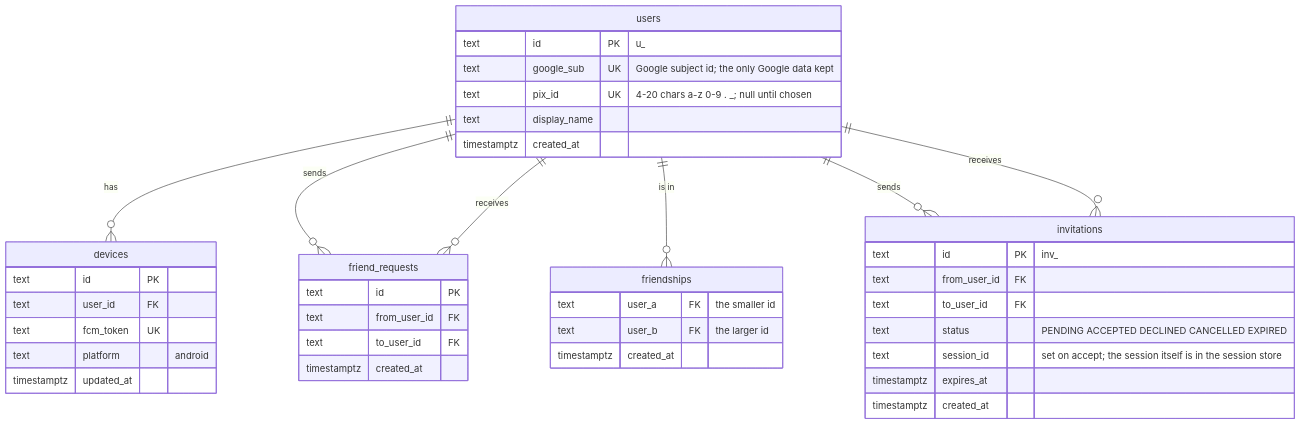
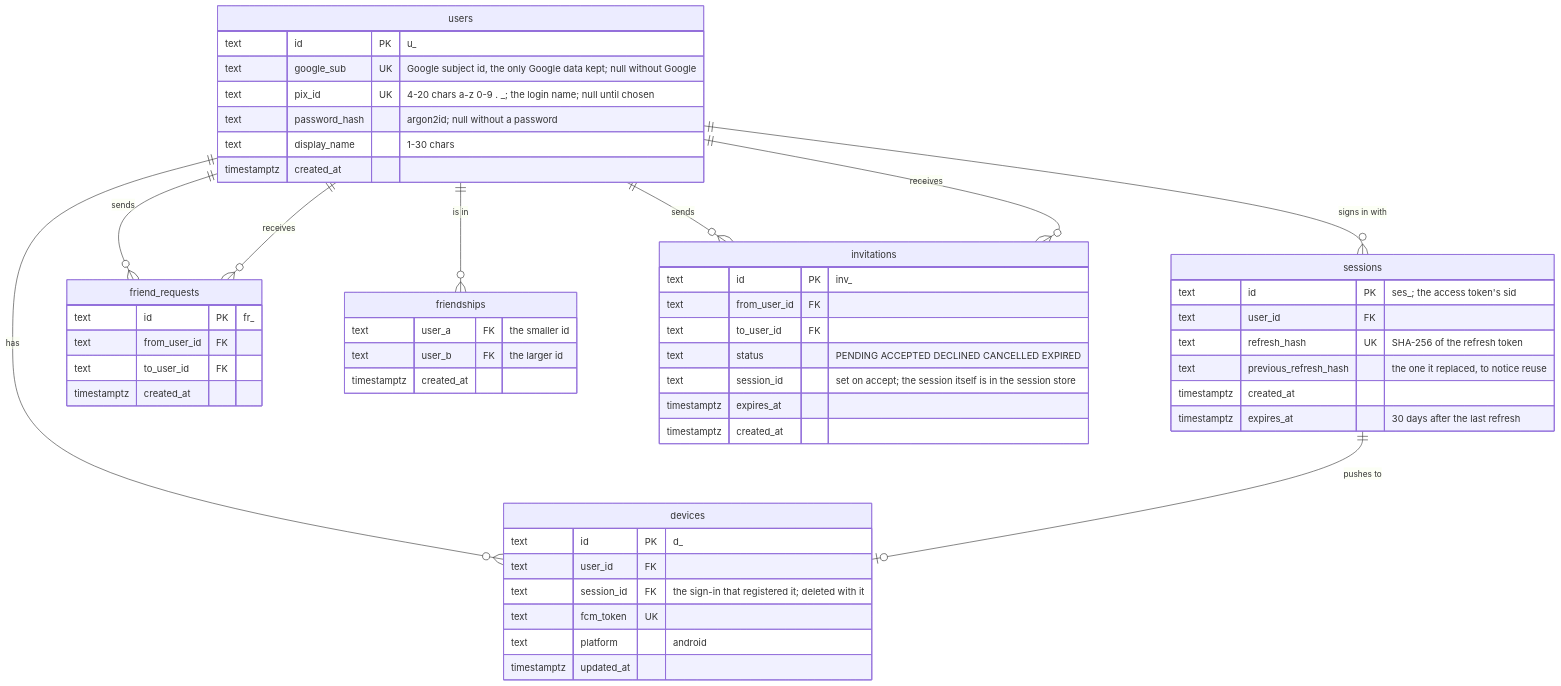
One commit to snuhcs-course/swpp-2026-project-team-10 changed diagram 12 of 12 in wiki/Design-Documentation.md. Above: the diagram before and after it, drawn with Mermaid. The commit also changed other lines of this file and 43 other files, not shown here.

````diff
--- a/wiki/Design-Documentation.md
+++ b/wiki/Design-Documentation.md
@@ -1511,43 +1600,55 @@
 ```mermaid
 erDiagram
   users ||--o{ devices : has
+  users ||--o{ sessions : "signs in with"
+  sessions ||--o| devices : "pushes to"
   users ||--o{ friend_requests : sends
   users ||--o{ friend_requests : receives
   users ||--o{ friendships : "is in"
   users ||--o{ invitations : sends
   users ||--o{ invitations : receives
   users {
     text id PK "u_<ulid>"
-    text google_sub UK "Google subject id; the only Google data kept"
-    text pix_id UK "4-20 chars a-z 0-9 . _; null until chosen"
-    text display_name
+    text google_sub UK "Google subject id, the only Google data kept; null without Google"
+    text pix_id UK "4-20 chars a-z 0-9 . _; the login name; null until chosen"
+    text password_hash "argon2id; null without a password"
+    text display_name "1-30 chars"
     timestamptz created_at
   }
   devices {
-    text id PK
+    text id PK "d_<ulid>"
     text user_id FK
+    text session_id FK "the sign-in that registered it; deleted with it"
     text fcm_token UK
     text platform "android"
     timestamptz updated_at
   }
+  sessions {
+    text id PK "ses_<ulid>; the access token's sid"
+    text user_id FK
+    text refresh_hash UK "SHA-256 of the refresh token"
+    text previous_refresh_hash "the one it replaced, to notice reuse"
+    timestamptz created_at
+    timestamptz expires_at "30 days after the last refresh"
+  }
   friend_requests {
-    text id PK
+    text id PK "fr_<ulid>"
     text from_user_id FK
     text to_user_id FK
     timestamptz created_at
   }
   friendships {
     text user_a FK "the smaller id"
     text user_b FK "the larger id"
     timestamptz created_at
   }
   invitations {
     text id PK "inv_<ulid>"
     text from_user_id FK
     text to_user_id FK
     text status "PENDING ACCEPTED DECLINED CANCELLED EXPIRED"
     text session_id "set on accept; the session itself is in the session store"
     timestamptz expires_at
     timestamptz created_at
   }
 ```
````
